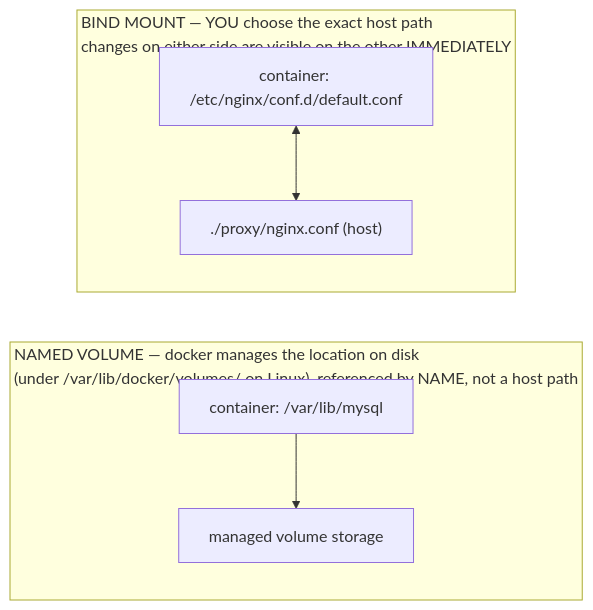
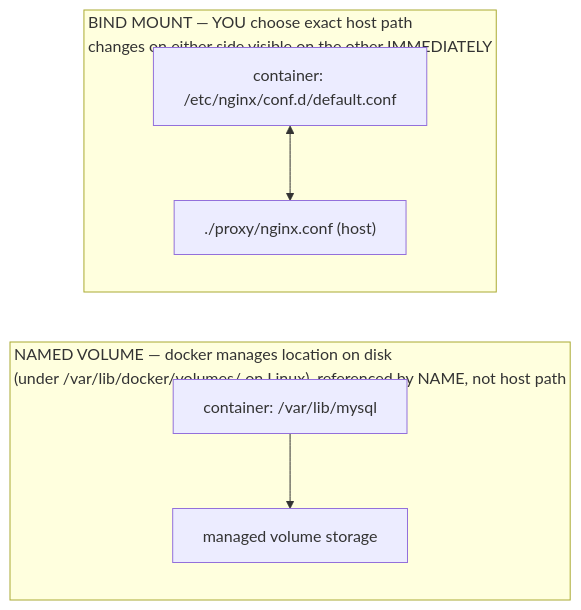
The first of 2 diagrams in _posts/2025-08-19-volumes-and-bind-mounts.md (mayurjp/dev-blog), drawn with Mermaid before and after one commit. The commit also changed other lines of this file and 27 other files, not shown here.

````diff
--- a/_posts/2025-08-19-volumes-and-bind-mounts.md
+++ b/_posts/2025-08-19-volumes-and-bind-mounts.md
@@ -31,9 +41,9 @@
 ```mermaid
 flowchart LR
-    subgraph NV["NAMED VOLUME — docker manages the location on disk<br/>(under /var/lib/docker/volumes/ on Linux), referenced by NAME, not a host path"]
+    subgraph NV["NAMED VOLUME — docker manages location on disk<br/>(under /var/lib/docker/volumes/ on Linux), referenced by NAME, not host path"]
         C1["container: /var/lib/mysql"] --> MV["managed volume storage"]
     end
-    subgraph BM["BIND MOUNT — YOU choose the exact host path<br/>changes on either side are visible on the other IMMEDIATELY"]
+    subgraph BM["BIND MOUNT — YOU choose exact host path<br/>changes on either side visible on the other IMMEDIATELY"]
         C2["container: /etc/nginx/conf.d/default.conf"] <--> Host["./proxy/nginx.conf (host)"]
     end
 ```
````
